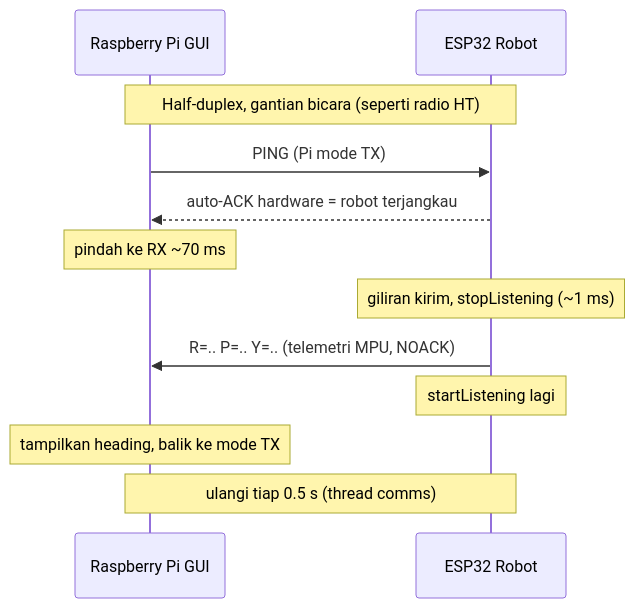
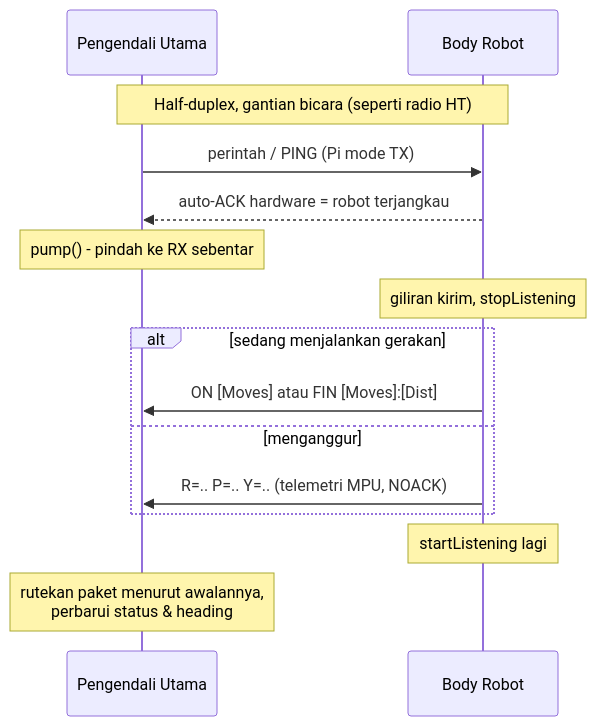
Before and after one commit to Xhorn7/Skripsi-PENGEMBANGAN-ROBOT-AKUATIK-UNTUK-FEEDER-OTOMATIS-DI-TAMBAK: the ninth of 9 diagrams in flowchart.md, drawn with Mermaid. The commit also changed other lines of this file and 43 other files, not shown here.

````diff
--- a/flowchart.md
+++ b/flowchart.md
@@ -179,14 +256,20 @@
 ```mermaid
 sequenceDiagram
-    participant Pi as Raspberry Pi GUI
-    participant Robot as ESP32 Robot
+    participant Pi as Pengendali Utama
+    participant Robot as Body Robot
     Note over Pi,Robot: Half-duplex, gantian bicara (seperti radio HT)
-    Pi->>Robot: PING (Pi mode TX)
+
+    Pi->>Robot: perintah / PING (Pi mode TX)
     Robot-->>Pi: auto-ACK hardware = robot terjangkau
-    Note over Pi: pindah ke RX ~70 ms
-    Note over Robot: giliran kirim, stopListening (~1 ms)
-    Robot->>Pi: R=.. P=.. Y=.. (telemetri MPU, NOACK)
+    Note over Pi: pump() - pindah ke RX sebentar
+    Note over Robot: giliran kirim, stopListening
+
+    alt sedang menjalankan gerakan
+        Robot->>Pi: ON [Moves]  atau  FIN [Moves]:[Dist]
+    else menganggur
+        Robot->>Pi: R=.. P=.. Y=.. (telemetri MPU, NOACK)
+    end
+
     Note over Robot: startListening lagi
-    Note over Pi: tampilkan heading, balik ke mode TX
-    Note over Pi,Robot: ulangi tiap 0.5 s (thread comms)
+    Note over Pi: rutekan paket menurut awalannya,<br/>perbarui status & heading
 ```
````
